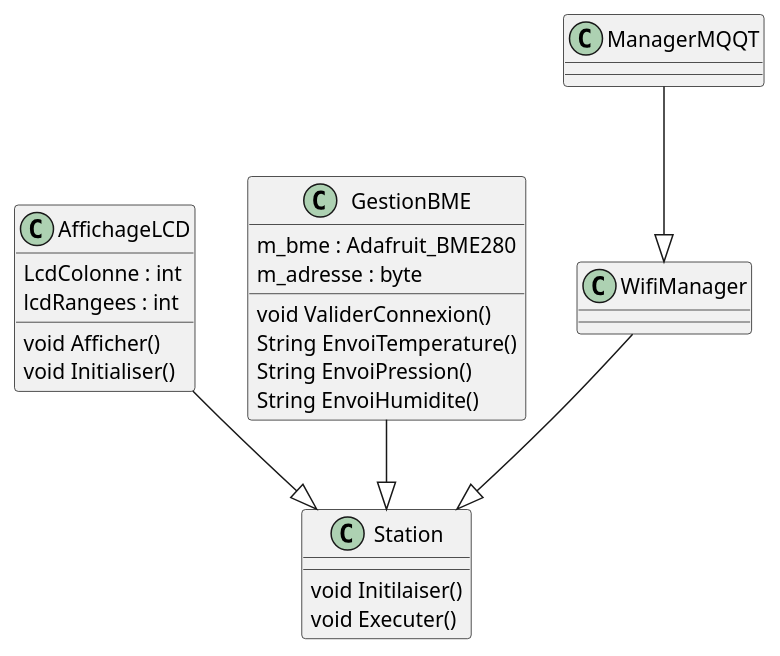
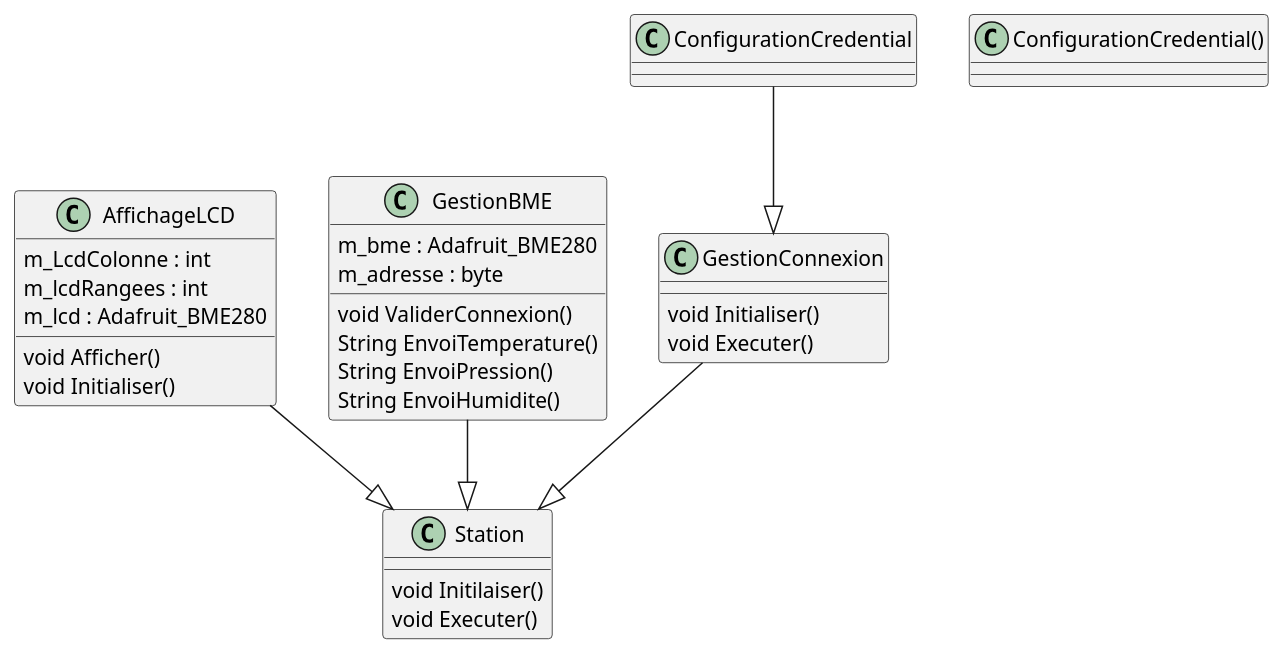
The diagram in Bme280/Diagram.wsd (Yassine5afir/StationMeteo), drawn with PlantUML before and after one commit.

```diff
--- a/Bme280/Diagram.wsd
+++ b/Bme280/Diagram.wsd
@@ -1,43 +1,45 @@
 @startuml DiagramStationMeteo
 
 class AffichageLCD
 {
-     LcdColonne : int
-     lcdRangees : int
+     m_LcdColonne : int
+     m_lcdRangees : int
+     m_lcd : Adafruit_BME280
     void Afficher()
     void Initialiser()
 }
 
 class GestionBME
 {
     m_bme : Adafruit_BME280
     m_adresse : byte
 
     void ValiderConnexion()
     String EnvoiTemperature()
     String EnvoiPression()
     String EnvoiHumidite()
 }
 
-class WifiManager
+class GestionConnexion
 {
-
+    void Initialiser()
+    void Executer()
 }
 
-class ManagerMQQT
+class ConfigurationCredential()
 {
 
 }
 
 class Station
 {
     void Initilaiser()
     void Executer()
 }
-WifiManager --|> Station
+
+GestionConnexion --|> Station
 AffichageLCD --|> Station
 GestionBME --|> Station
-ManagerMQQT --|> WifiManager
-
+ConfigurationCredential --|> GestionConnexion
 
 @enduml
```
